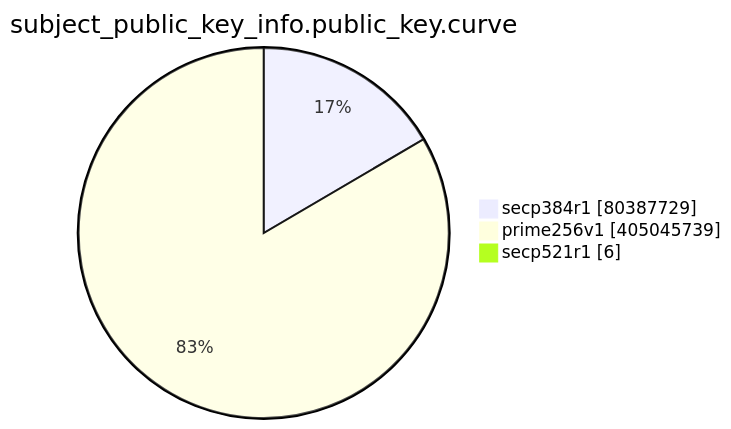
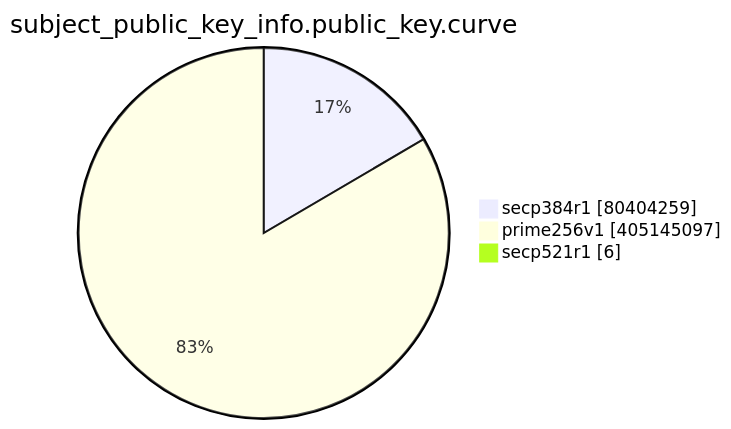
One commit to christiankrug/ctmonitor_visualization changed the eighth of 15 diagrams in TOTAL/README.md. Above: the diagram before and after it, drawn with Mermaid. The commit also changed other lines of this file, not shown here.

````diff
--- a/TOTAL/README.md
+++ b/TOTAL/README.md
@@ -3095,7 +3095,7 @@
 ```mermaid
 pie showData
 title subject_public_key_info.public_key.curve
-"secp384r1" :80387729
-"prime256v1" :405045739
+"secp384r1" :80404259
+"prime256v1" :405145097
 "secp521r1" :6
 ```
````
